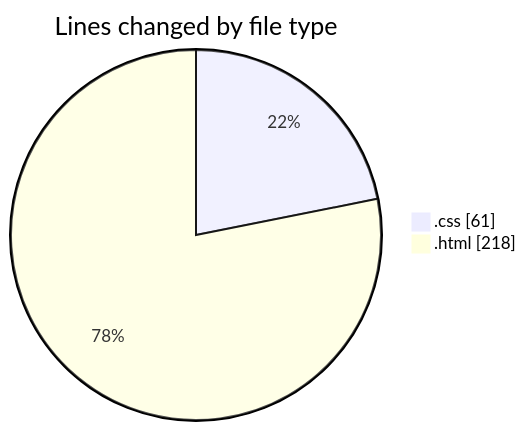
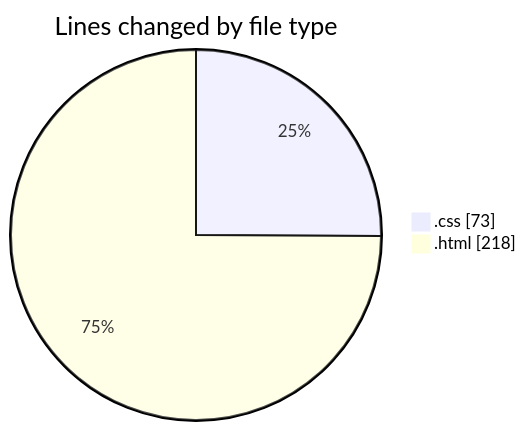
One commit to NitaiMahat/code-tracking changed the first of 2 diagrams in 2025-02-04/recipe-page-main/README.md. Above: the diagram before and after it, drawn with Mermaid. The commit also changed other lines of this file and 1 other file, not shown here.

````diff
--- a/2025-02-04/recipe-page-main/README.md
+++ b/2025-02-04/recipe-page-main/README.md
@@ -21,6 +21,6 @@
 ```mermaid
 pie showData
 title Lines changed by file type
-".css" : 61
+".css" : 73
 ".html" : 218
 ```
````
